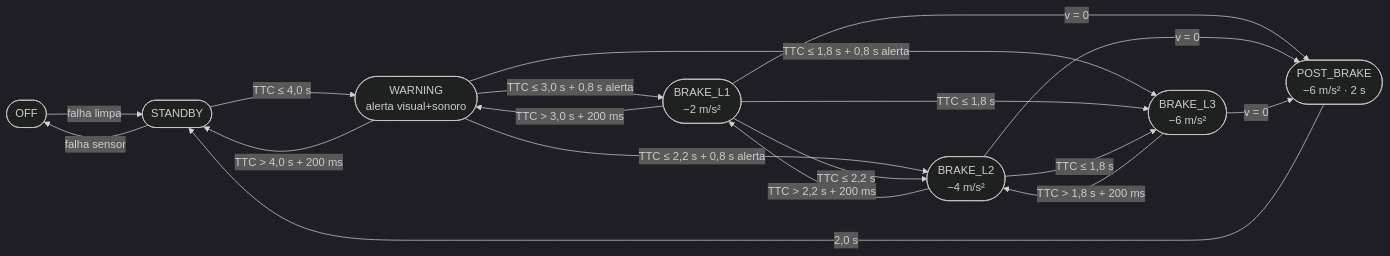
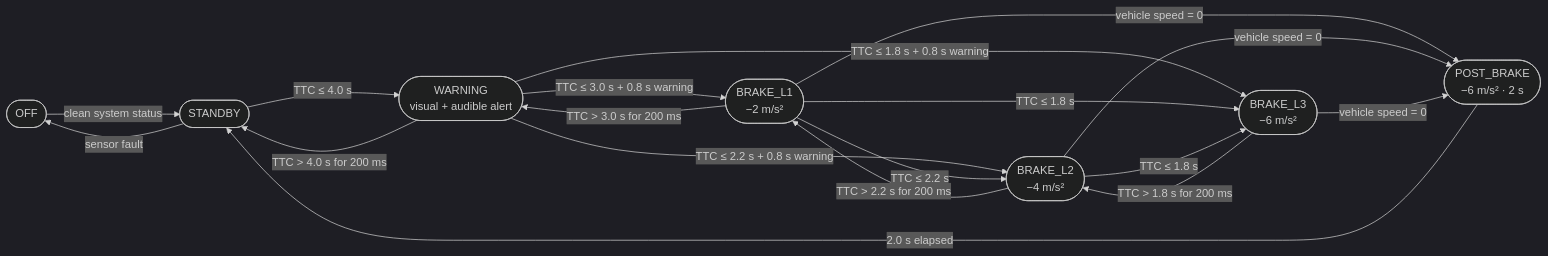
Before and after one commit to erycaaf/AEB-stellantis-project: the diagram in README.md, drawn with Mermaid (dark theme). The commit also changed other lines of this file, not shown here.

````diff
--- a/README.md
+++ b/README.md
@@ -68,28 +67,28 @@
 ```mermaid
 flowchart LR
     OFF(["OFF"])
     STANDBY(["STANDBY"])
-    WARNING(["WARNING<br/>alerta visual+sonoro"])
+    WARNING(["WARNING<br/>visual + audible alert"])
     L1(["BRAKE_L1<br/>−2 m/s²"])
     L2(["BRAKE_L2<br/>−4 m/s²"])
     L3(["BRAKE_L3<br/>−6 m/s²"])
     PB(["POST_BRAKE<br/>−6 m/s² · 2 s"])
 
-    OFF -->|"falha limpa"| STANDBY
-    STANDBY -->|"falha sensor"| OFF
-    STANDBY -->|"TTC ≤ 4,0 s"| WARNING
-    WARNING -->|"TTC > 4,0 s + 200 ms"| STANDBY
-    WARNING -->|"TTC ≤ 3,0 s + 0,8 s alerta"| L1
-    WARNING -->|"TTC ≤ 2,2 s + 0,8 s alerta"| L2
-    WARNING -->|"TTC ≤ 1,8 s + 0,8 s alerta"| L3
-    L1 -->|"TTC ≤ 2,2 s"| L2
-    L1 -->|"TTC ≤ 1,8 s"| L3
-    L1 -->|"TTC > 3,0 s + 200 ms"| WARNING
-    L1 -->|"v = 0"| PB
-    L2 -->|"TTC ≤ 1,8 s"| L3
-    L2 -->|"TTC > 2,2 s + 200 ms"| L1
-    L2 -->|"v = 0"| PB
-    L3 -->|"TTC > 1,8 s + 200 ms"| L2
-    L3 -->|"v = 0"| PB
-    PB -->|"2,0 s"| STANDBY
+    OFF -->|"clean system status"| STANDBY
+    STANDBY -->|"sensor fault"| OFF
+    STANDBY -->|"TTC ≤ 4.0 s"| WARNING
+    WARNING -->|"TTC > 4.0 s for 200 ms"| STANDBY
+    WARNING -->|"TTC ≤ 3.0 s + 0.8 s warning"| L1
+    WARNING -->|"TTC ≤ 2.2 s + 0.8 s warning"| L2
+    WARNING -->|"TTC ≤ 1.8 s + 0.8 s warning"| L3
+    L1 -->|"TTC ≤ 2.2 s"| L2
+    L1 -->|"TTC ≤ 1.8 s"| L3
+    L1 -->|"TTC > 3.0 s for 200 ms"| WARNING
+    L1 -->|"vehicle speed = 0"| PB
+    L2 -->|"TTC ≤ 1.8 s"| L3
+    L2 -->|"TTC > 2.2 s for 200 ms"| L1
+    L2 -->|"vehicle speed = 0"| PB
+    L3 -->|"TTC > 1.8 s for 200 ms"| L2
+    L3 -->|"vehicle speed = 0"| PB
+    PB -->|"2.0 s elapsed"| STANDBY
 ```
````
